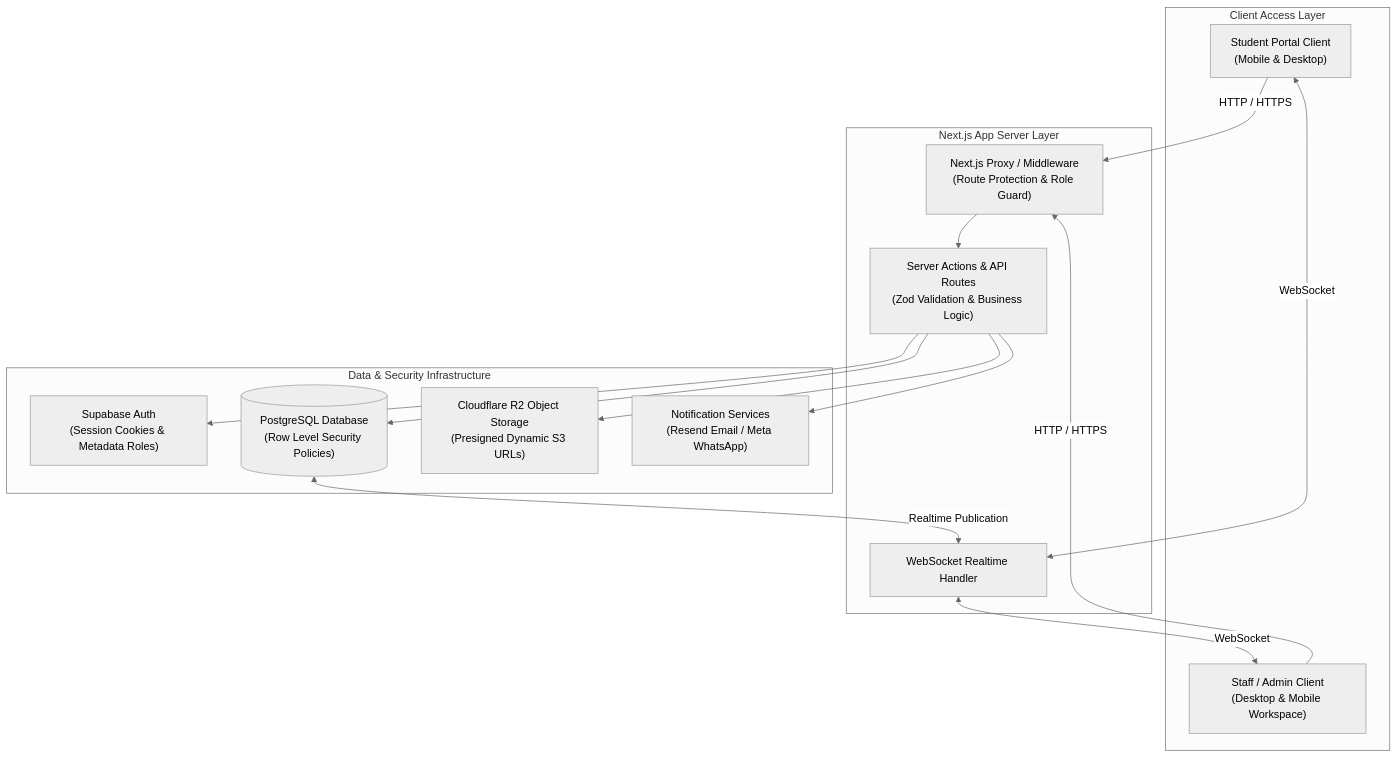
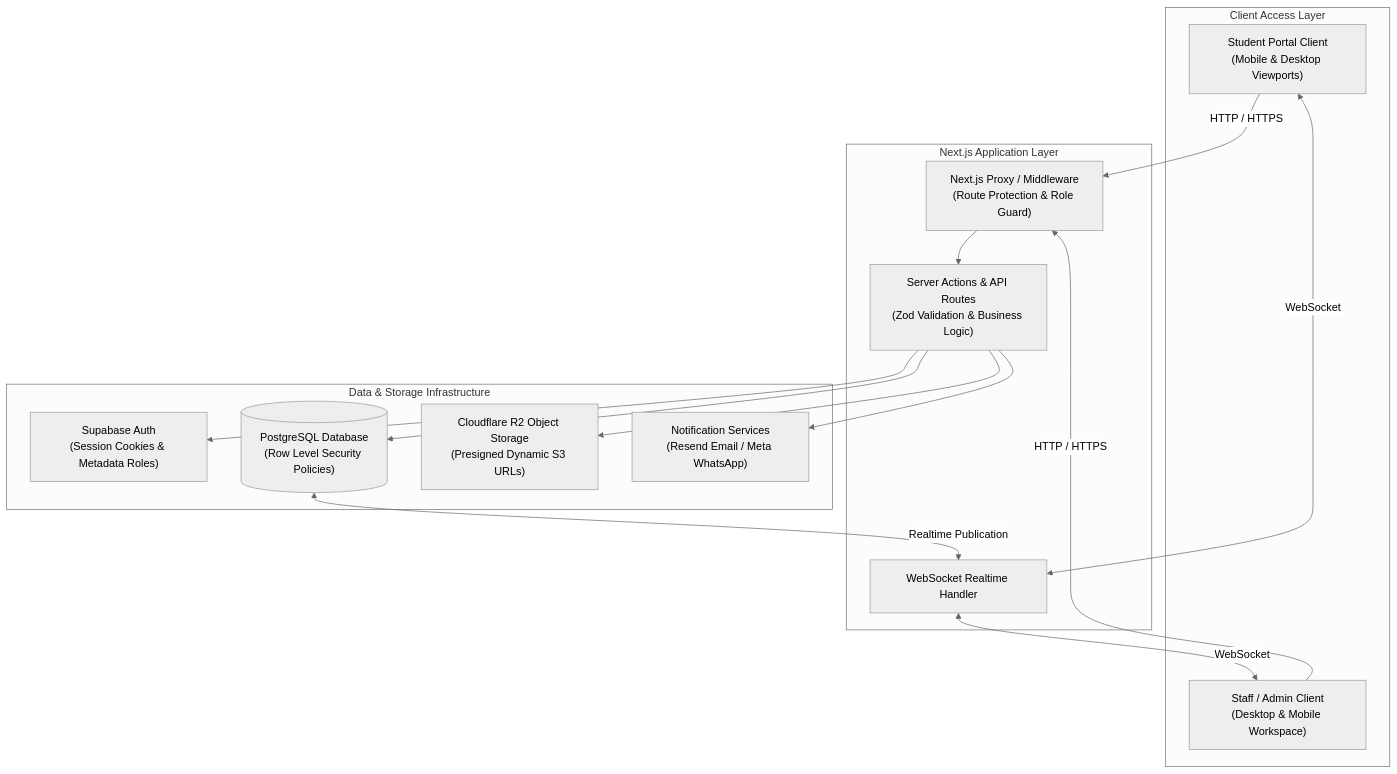
Before and after one commit to saarthvadalia26/International-Student-Compliance-Management-System: the diagram in README.md, drawn with Mermaid (neutral theme). The commit also changed other lines of this file, not shown here.

Commit message:
docs(readme): convert README.md into a client-neutral reusable product specification

````diff
--- a/README.md
+++ b/README.md
@@ -179,33 +179,33 @@
 ```mermaid
 flowchart TD
     subgraph Clients["Client Access Layer"]
-        StudentClient["Student Portal Client\n(Mobile & Desktop)"]
+        StudentClient["Student Portal Client\n(Mobile & Desktop Viewports)"]
         StaffClient["Staff / Admin Client\n(Desktop & Mobile Workspace)"]
     end
 
-    subgraph AppServer["Next.js App Server Layer"]
+    subgraph AppServer["Next.js Application Layer"]
         Middleware["Next.js Proxy / Middleware\n(Route Protection & Role Guard)"]
         ServerActions["Server Actions & API Routes\n(Zod Validation & Business Logic)"]
         RealtimeEngine["WebSocket Realtime Handler"]
     end
 
-    subgraph StorageAuth["Data & Security Infrastructure"]
+    subgraph DataStorage["Data & Storage Infrastructure"]
         SupaAuth["Supabase Auth\n(Session Cookies & Metadata Roles)"]
         PostgreSQL[("PostgreSQL Database\n(Row Level Security Policies)")]
         CloudflareR2["Cloudflare R2 Object Storage\n(Presigned Dynamic S3 URLs)"]
         NotificationGateways["Notification Services\n(Resend Email / Meta WhatsApp)"]
     end
 
     StudentClient -->|HTTP / HTTPS| Middleware
     StaffClient -->|HTTP / HTTPS| Middleware
 
     Middleware --> ServerActions
     ServerActions --> SupaAuth
     ServerActions --> PostgreSQL
     ServerActions --> CloudflareR2
     ServerActions --> NotificationGateways
 
     RealtimeEngine <-->|WebSocket| StudentClient
     RealtimeEngine <-->|WebSocket| StaffClient
     PostgreSQL <-->|Realtime Publication| RealtimeEngine
 ```
````
